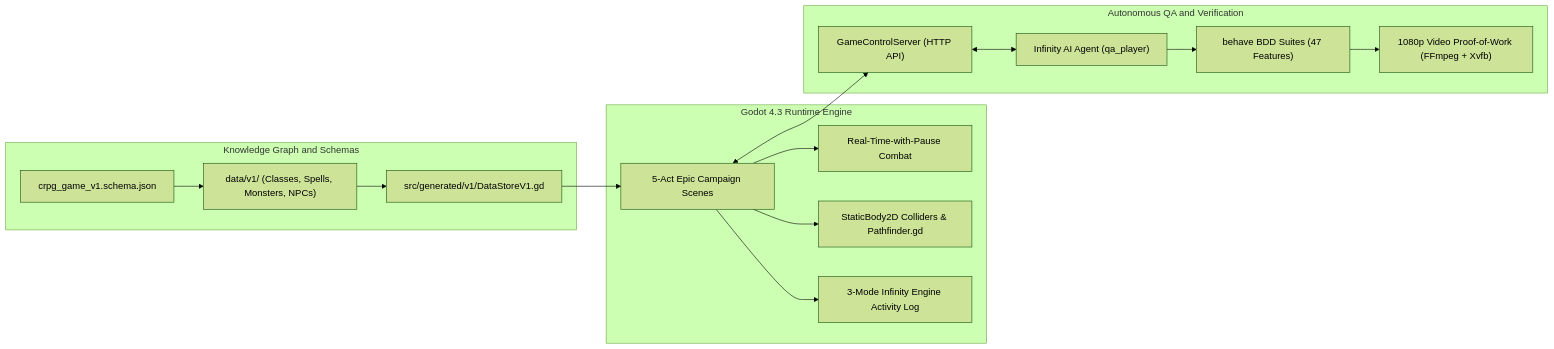
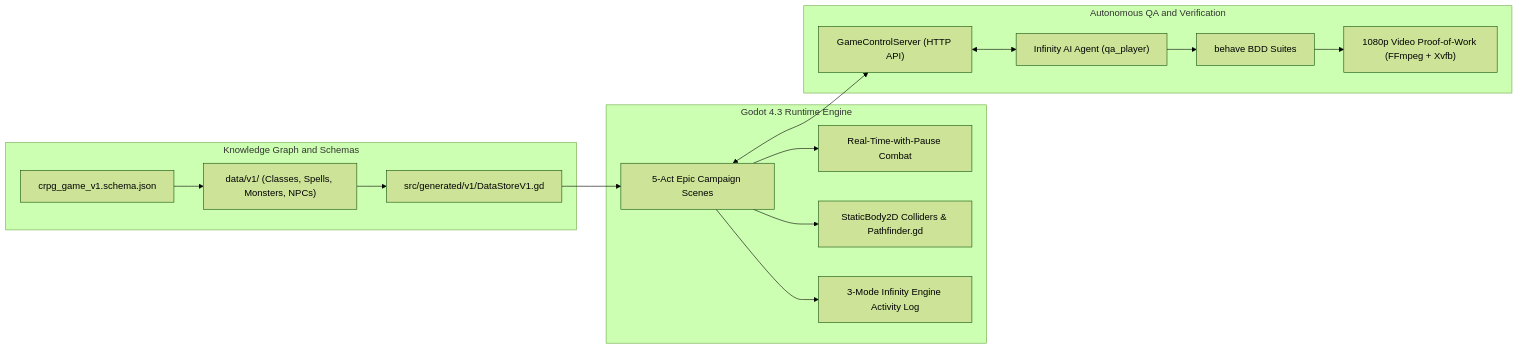
The diagram in docs/projects.md (nddipiazza/robos), drawn with Mermaid (forest theme) before and after one commit. The commit also changed other lines of this file and 157 other files, not shown here.

````diff
--- a/docs/projects.md
+++ b/docs/projects.md
@@ -65,22 +66,22 @@
 ```mermaid
 flowchart LR
     subgraph KG_LAYER ["Knowledge Graph and Schemas"]
         KG["crpg_game_v1.schema.json"] --> DS["data/v1/ (Classes, Spells, Monsters, NPCs)"]
         DS --> GD["src/generated/v1/DataStoreV1.gd"]
     end
 
     subgraph ENGINE_LAYER ["Godot 4.3 Runtime Engine"]
         GD --> World["5-Act Epic Campaign Scenes"]
         World --> RTwP["Real-Time-with-Pause Combat"]
         World --> Phys["StaticBody2D Colliders & Pathfinder.gd"]
         World --> ActLog["3-Mode Infinity Engine Activity Log"]
     end
 
     subgraph QA_LAYER ["Autonomous QA and Verification"]
         HTTP["GameControlServer (HTTP API)"] <--> AI["Infinity AI Agent (qa_player)"]
-        AI --> BDD["behave BDD Suites (47 Features)"]
+        AI --> BDD["behave BDD Suites"]
         BDD --> Video["1080p Video Proof-of-Work (FFmpeg + Xvfb)"]
     end
 
     World <--> HTTP
 ```
````
